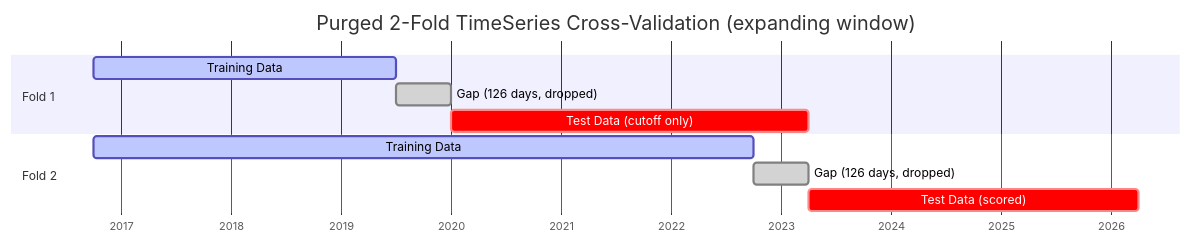
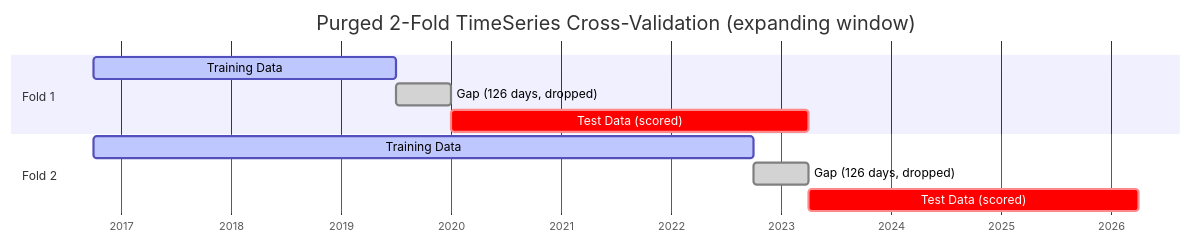
One commit to kleinnconrad/stock-predictor changed the first of 2 diagrams in README.md. Above: the diagram before and after it, drawn with Mermaid. The commit also changed other lines of this file and 4 other files, not shown here.

````diff
--- a/README.md
+++ b/README.md
@@ -61,16 +61,16 @@
 ```mermaid
 gantt
     title Purged 2-Fold TimeSeries Cross-Validation (expanding window)
     dateFormat  YYYY-MM-DD
     axisFormat  %Y
 
     section Fold 1
     Training Data             :active, 2016-10-01, 2019-07-01
     Gap (126 days, dropped)   :done,   2019-07-01, 2020-01-01
-    Test Data (cutoff only)   :crit,   2020-01-01, 2023-04-01
+    Test Data (scored)        :crit,   2020-01-01, 2023-04-01
 
     section Fold 2
     Training Data             :active, 2016-10-01, 2022-10-01
     Gap (126 days, dropped)   :done,   2022-10-01, 2023-04-01
     Test Data (scored)        :crit,   2023-04-01, 2026-04-01
 ```
````
